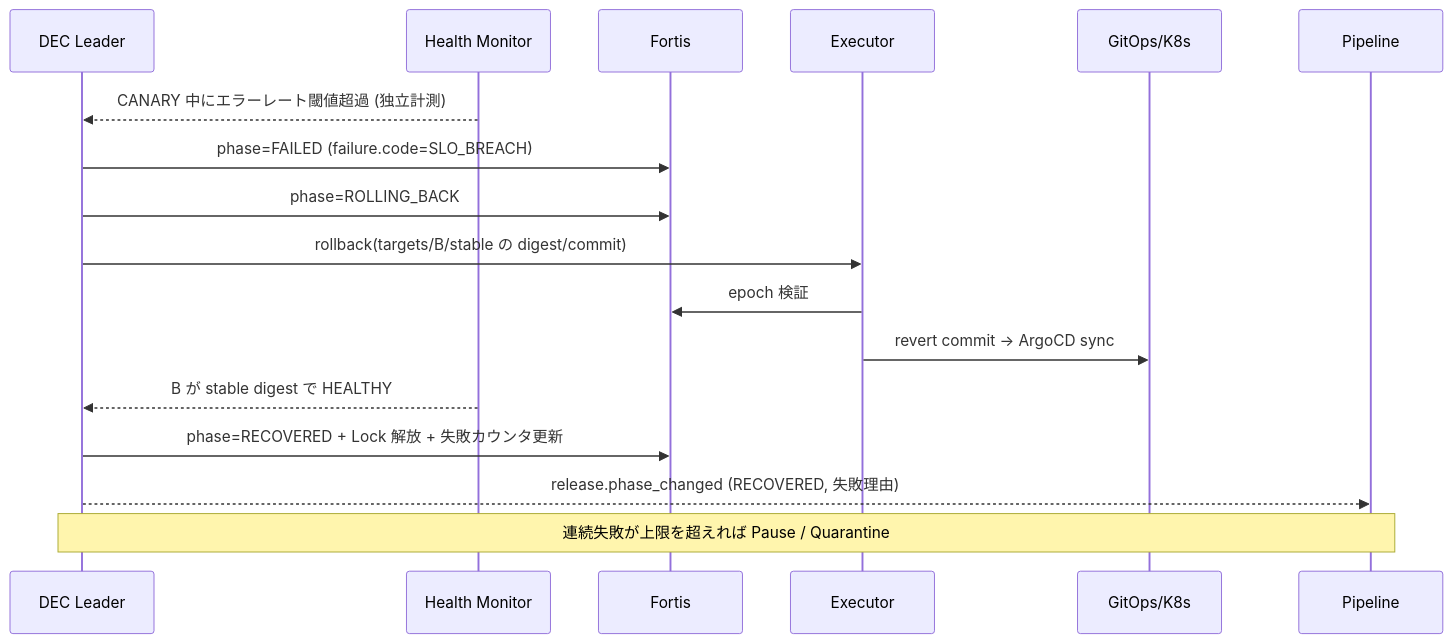
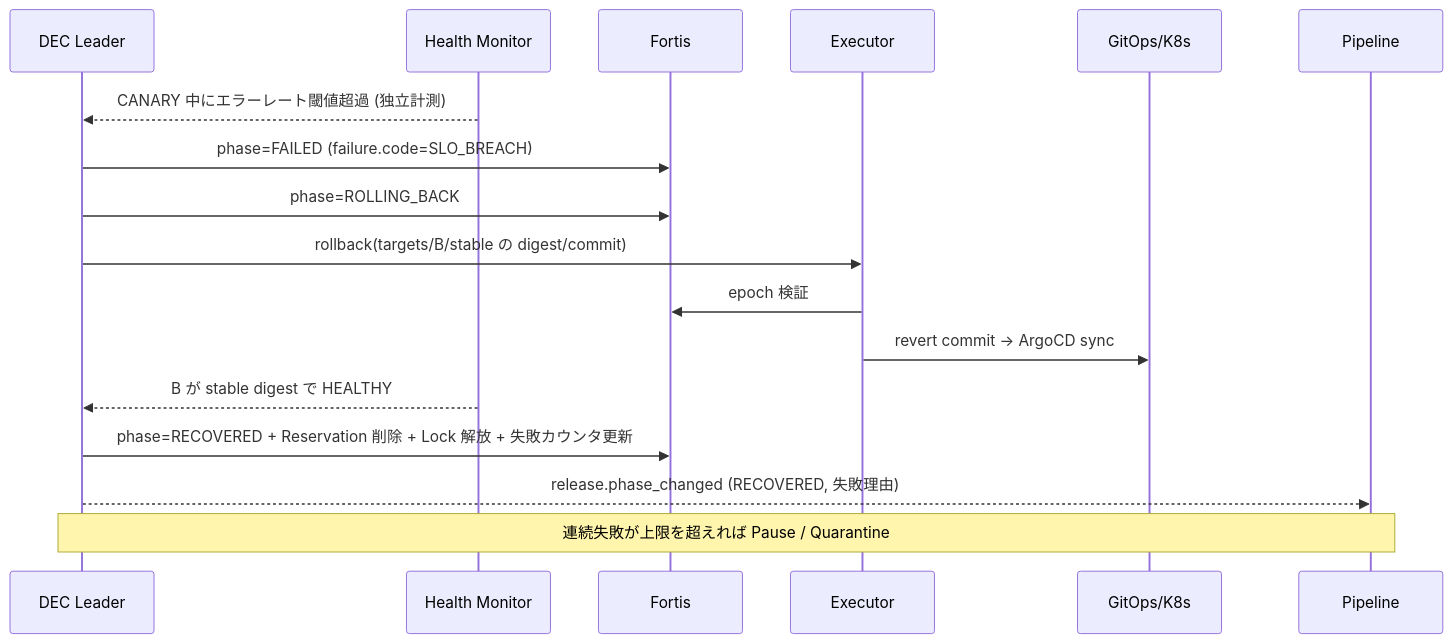
The fifth of 6 diagrams in docs/design/08-dual-evolution-controller.md (kigawa-net/kivra), drawn with Mermaid before and after one commit. The commit also changed other lines of this file, not shown here.

First line of the commit message:
Unify release lock ownership model, external fencing and incarnation requirements across #8/#12

````diff
--- a/docs/design/08-dual-evolution-controller.md
+++ b/docs/design/08-dual-evolution-controller.md
@@ -639,19 +688,19 @@
 ```mermaid
 sequenceDiagram
   participant D as DEC Leader
   participant H as Health Monitor
   participant F as Fortis
   participant X as Executor
   participant G as GitOps/K8s
   participant P as Pipeline
   H-->>D: CANARY 中にエラーレート閾値超過 (独立計測)
   D->>F: phase=FAILED (failure.code=SLO_BREACH)
   D->>F: phase=ROLLING_BACK
   D->>X: rollback(targets/B/stable の digest/commit)
   X->>F: epoch 検証
   X->>G: revert commit → ArgoCD sync
   H-->>D: B が stable digest で HEALTHY
-  D->>F: phase=RECOVERED + Lock 解放 + 失敗カウンタ更新
+  D->>F: phase=RECOVERED + Reservation 削除 + Lock 解放 + 失敗カウンタ更新
   D-->>P: release.phase_changed (RECOVERED, 失敗理由)
   Note over D,P: 連続失敗が上限を超えれば Pause / Quarantine
 ```
````
